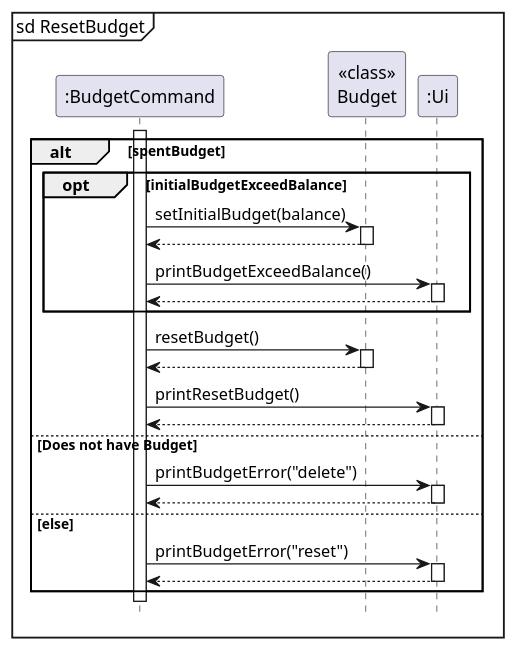
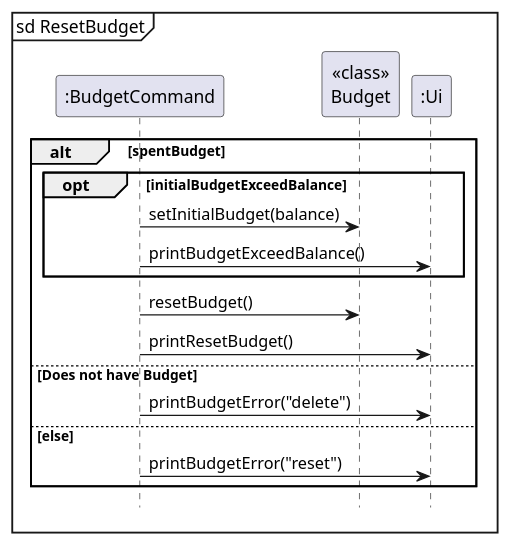
The diagram in docs/diagrams/resetBudget.puml (nus-cs2113-AY2324S1/tp), drawn with PlantUML before and after one commit. The commit also changed 5 other files, not shown here.

```diff
--- a/docs/diagrams/resetBudget.puml
+++ b/docs/diagrams/resetBudget.puml
@@ -1,32 +1,22 @@
 @startuml
-
-autoactivate on
 
 mainframe sd ResetBudget
 participant ":BudgetCommand" as BudgetCommand
 participant "<<class>>\nBudget" as Budget
 participant ":Ui" as Ui
 
-activate BudgetCommand
-
 alt spentBudget
     opt initialBudgetExceedBalance
         BudgetCommand -> Budget: setInitialBudget(balance)
-        return
         BudgetCommand -> Ui: printBudgetExceedBalance()
-        return
     end
     BudgetCommand -> Budget: resetBudget()
-    return
     BudgetCommand -> Ui: printResetBudget()
-    return
 else Does not have Budget
     BudgetCommand -> Ui: printBudgetError("delete")
-    return
 else else
     BudgetCommand -> Ui: printBudgetError("reset")
-    return
 end
 
 hide footbox
 @enduml
```
